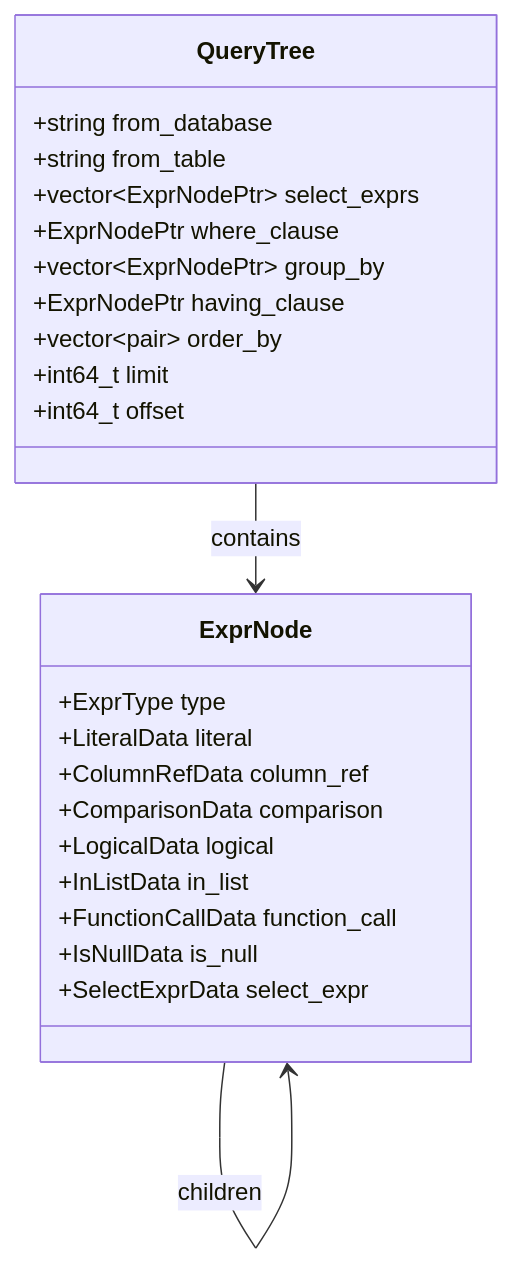
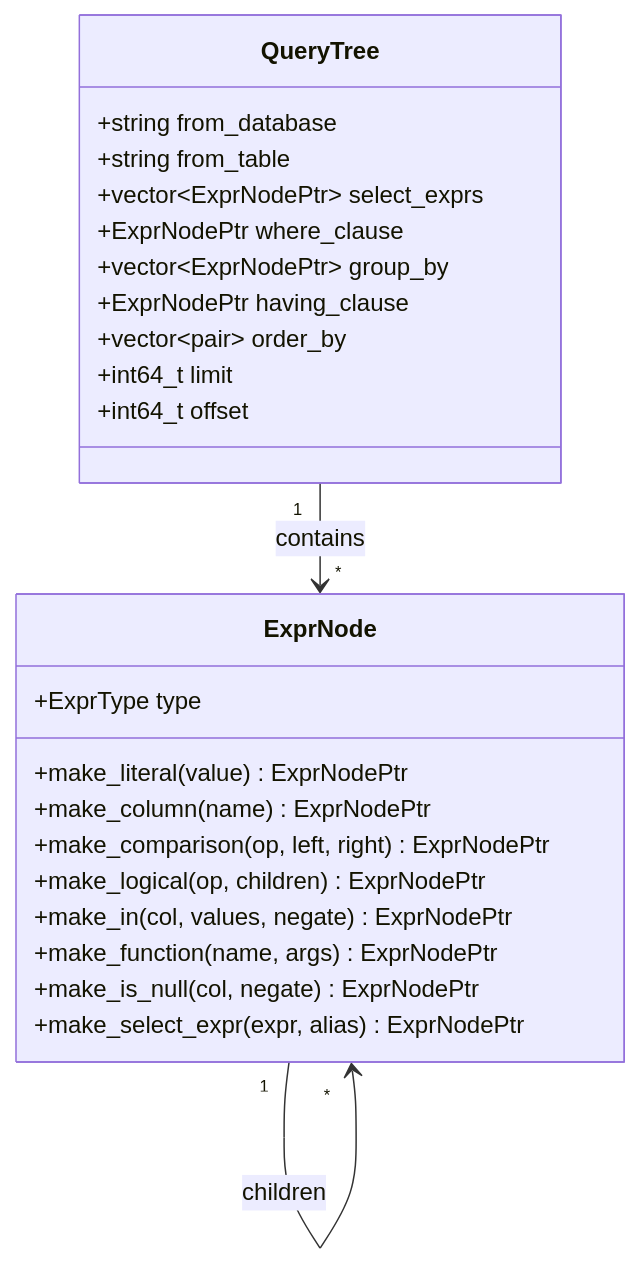
The fourth of 14 diagrams in docs/design.md (mrityunjaysharma/mongo-flux), drawn with Mermaid before and after one commit. The commit also changed other lines of this file and 1 other file, not shown here.

````diff
--- a/docs/design.md
+++ b/docs/design.md
@@ -108,29 +125,29 @@
 ```mermaid
 classDiagram
     class ExprNode {
         +ExprType type
-        +LiteralData literal
-        +ColumnRefData column_ref
-        +ComparisonData comparison
-        +LogicalData logical
-        +InListData in_list
-        +FunctionCallData function_call
-        +IsNullData is_null
-        +SelectExprData select_expr
+        +make_literal(value) ExprNodePtr
+        +make_column(name) ExprNodePtr
+        +make_comparison(op, left, right) ExprNodePtr
+        +make_logical(op, children) ExprNodePtr
+        +make_in(col, values, negate) ExprNodePtr
+        +make_function(name, args) ExprNodePtr
+        +make_is_null(col, negate) ExprNodePtr
+        +make_select_expr(expr, alias) ExprNodePtr
     }
 
     class QueryTree {
         +string from_database
         +string from_table
         +vector~ExprNodePtr~ select_exprs
         +ExprNodePtr where_clause
         +vector~ExprNodePtr~ group_by
         +ExprNodePtr having_clause
         +vector~pair~ order_by
         +int64_t limit
         +int64_t offset
     }
 
-    ExprNode --> ExprNode : children
-    QueryTree --> ExprNode : contains
+    ExprNode "1" --> "*" ExprNode : children
+    QueryTree "1" --> "*" ExprNode : contains
 ```
````
